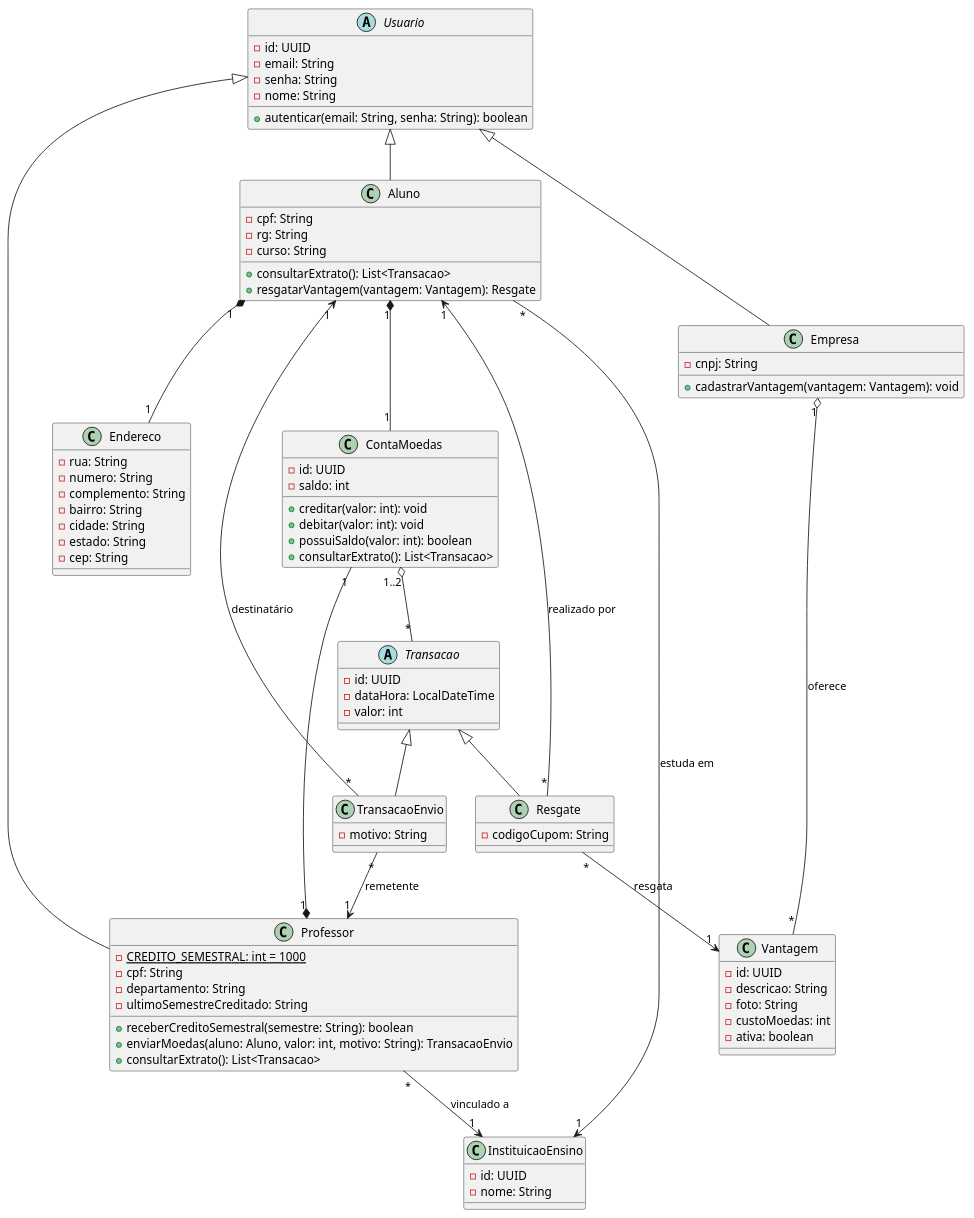
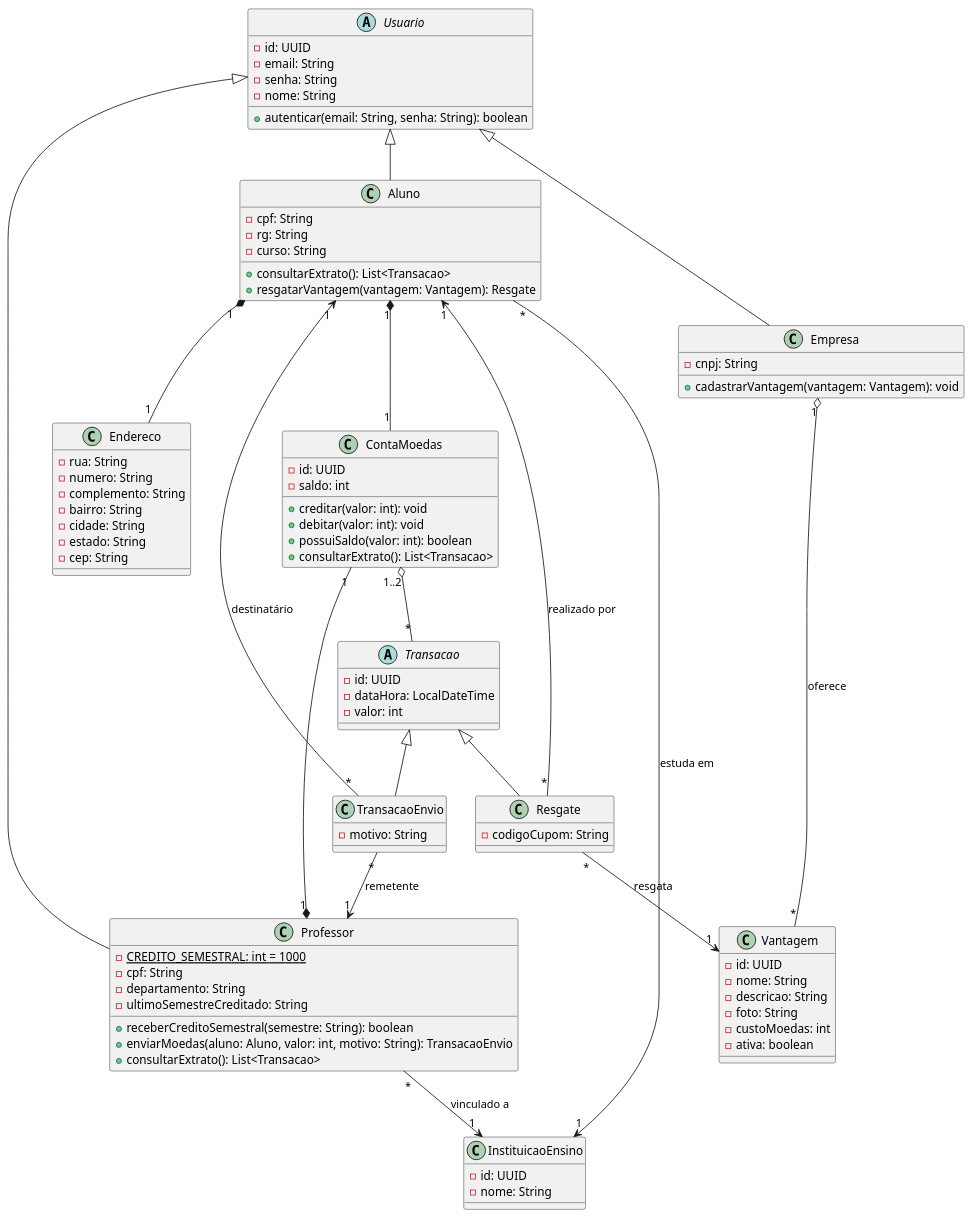
One commit to brunokilo/lab03-projetoSoftware changed the diagram in docs/diagramas/classes.puml. Above: the diagram before and after it, drawn with PlantUML. The commit also changed 4 other files, not shown here.

Commit message:
docs: permissões por perfil, rotas de vantagens e nome da vantagem nos diagramas

```diff
--- a/docs/diagramas/classes.puml
+++ b/docs/diagramas/classes.puml
@@ -1,102 +1,103 @@
 @startuml
 
 abstract class Usuario {
   - id: UUID
   - email: String
   - senha: String
   - nome: String
   + autenticar(email: String, senha: String): boolean
 }
 
 class InstituicaoEnsino {
   - id: UUID
   - nome: String
 }
 
 class ContaMoedas {
   - id: UUID
   - saldo: int
   + creditar(valor: int): void
   + debitar(valor: int): void
   + possuiSaldo(valor: int): boolean
   + consultarExtrato(): List<Transacao>
 }
 
 class Aluno {
   - cpf: String
   - rg: String
   - curso: String
   + consultarExtrato(): List<Transacao>
   + resgatarVantagem(vantagem: Vantagem): Resgate
 }
 
 class Professor {
   - {static} CREDITO_SEMESTRAL: int = 1000
   - cpf: String
   - departamento: String
   - ultimoSemestreCreditado: String
   + receberCreditoSemestral(semestre: String): boolean
   + enviarMoedas(aluno: Aluno, valor: int, motivo: String): TransacaoEnvio
   + consultarExtrato(): List<Transacao>
 }
 
 class Empresa {
   - cnpj: String
   + cadastrarVantagem(vantagem: Vantagem): void
 }
 
 class Endereco {
   - rua: String
   - numero: String
   - complemento: String
   - bairro: String
   - cidade: String
   - estado: String
   - cep: String
 }
 
 class Vantagem {
   - id: UUID
+  - nome: String
   - descricao: String
   - foto: String
   - custoMoedas: int
   - ativa: boolean
 }
 
 abstract class Transacao {
   - id: UUID
   - dataHora: LocalDateTime
   - valor: int
 }
 
 class TransacaoEnvio {
   - motivo: String
 }
 
 class Resgate {
   - codigoCupom: String
 }
 
 Usuario <|-- Aluno
 Usuario <|-- Professor
 Usuario <|-- Empresa
 
 Transacao <|-- TransacaoEnvio
 Transacao <|-- Resgate
 
 Aluno "*" --> "1" InstituicaoEnsino : estuda em
 Professor "*" --> "1" InstituicaoEnsino : vinculado a
 Aluno "1" *-- "1" Endereco
 
 Aluno "1" *-- "1" ContaMoedas
 Professor "1" *-- "1" ContaMoedas
 ContaMoedas "1..2" o-- "*" Transacao
 
 TransacaoEnvio "*" --> "1" Professor : remetente
 TransacaoEnvio "*" --> "1" Aluno : destinatário
 
 Resgate "*" --> "1" Aluno : realizado por
 Resgate "*" --> "1" Vantagem : resgata
 
 Empresa "1" o-- "*" Vantagem : oferece
 @enduml
```
